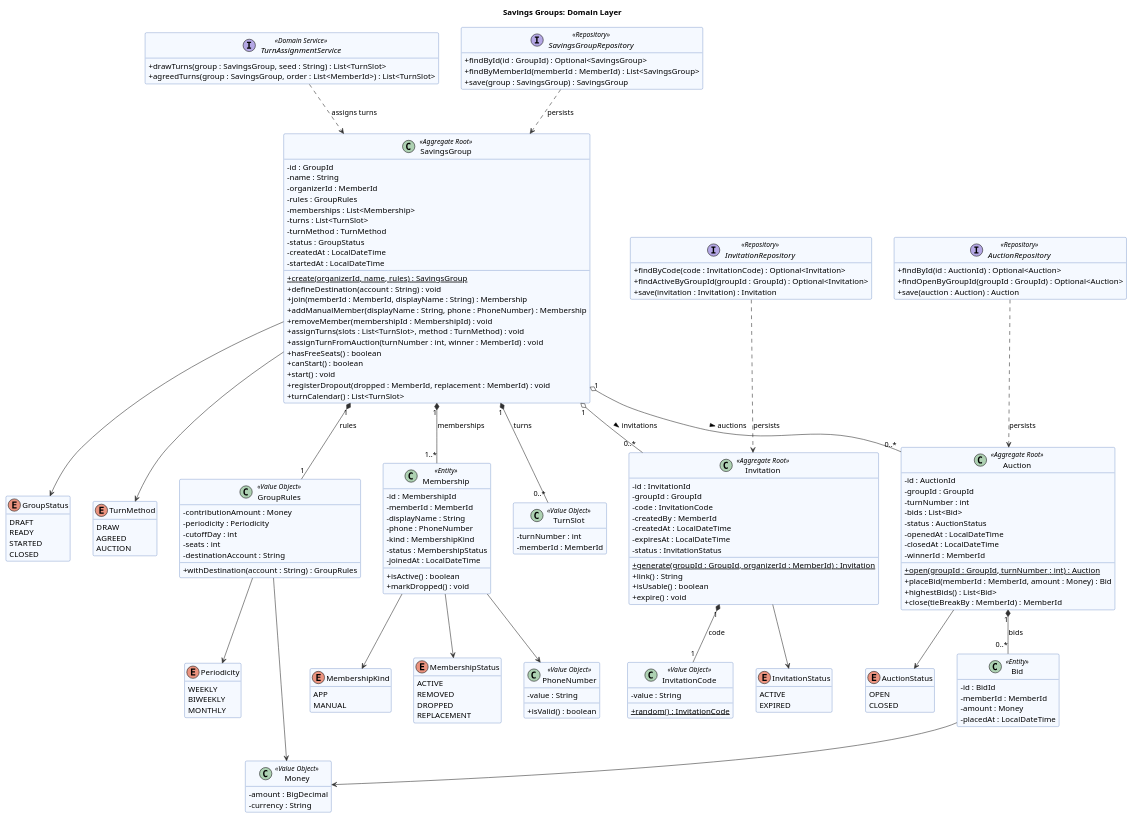
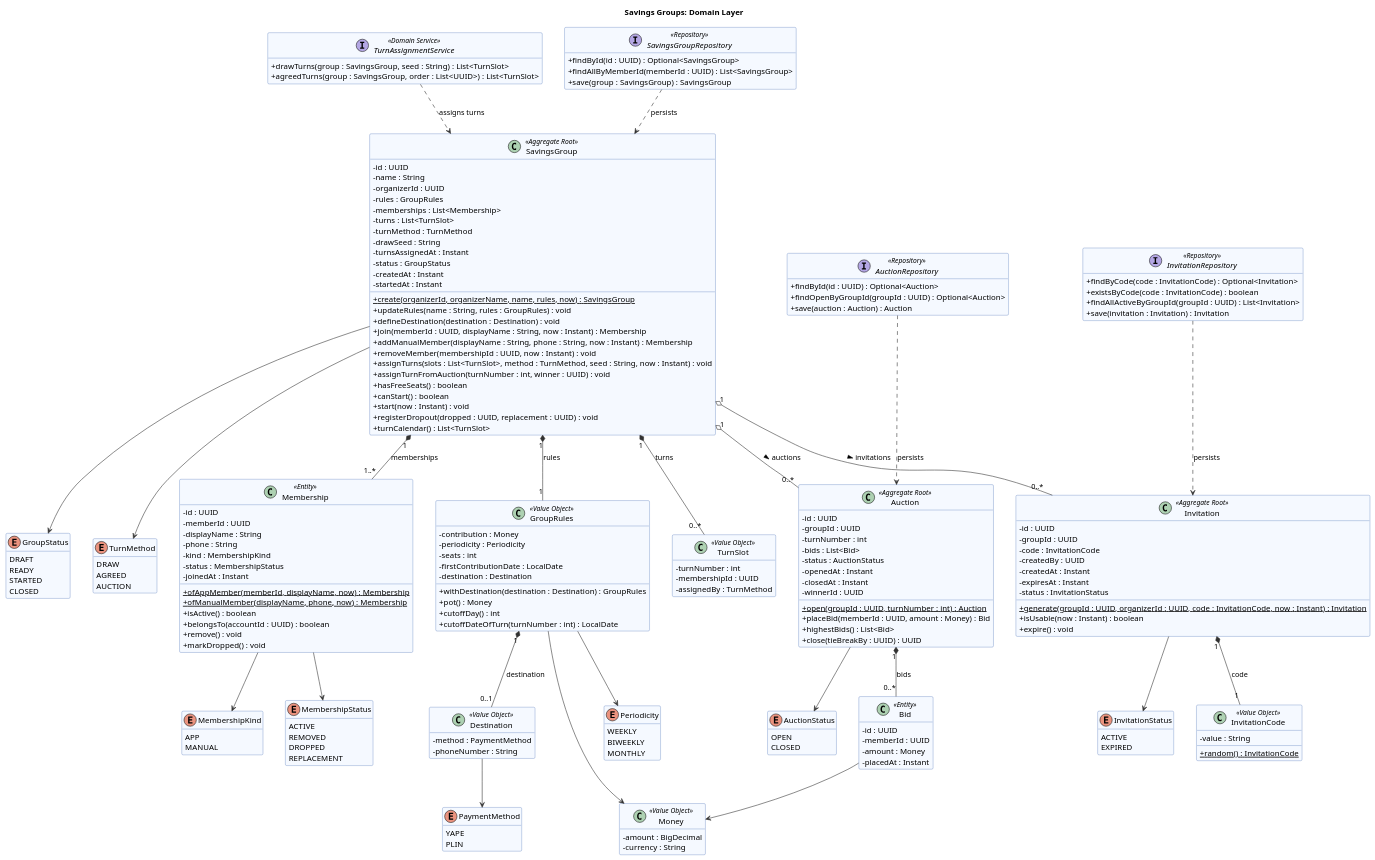
One commit to kerolabs/pozzo-doc changed the diagram in docs/architecture/uml/savings-groups-domain.puml. Above: the diagram before and after it, drawn with PlantUML. The commit also changed 4 other files, not shown here.

Commit message:
fix: align the domain layer class diagrams with the backend

```diff
--- a/docs/architecture/uml/savings-groups-domain.puml
+++ b/docs/architecture/uml/savings-groups-domain.puml
@@ -21,97 +21,107 @@
 hide empty members
 
   class SavingsGroup <<Aggregate Root>> {
-    - id : GroupId
+    - id : UUID
     - name : String
-    - organizerId : MemberId
+    - organizerId : UUID
     - rules : GroupRules
     - memberships : List<Membership>
     - turns : List<TurnSlot>
     - turnMethod : TurnMethod
+    - drawSeed : String
+    - turnsAssignedAt : Instant
     - status : GroupStatus
-    - createdAt : LocalDateTime
-    - startedAt : LocalDateTime
-    + create(organizerId, name, rules) : SavingsGroup {static}
-    + defineDestination(account : String) : void
-    + join(memberId : MemberId, displayName : String) : Membership
-    + addManualMember(displayName : String, phone : PhoneNumber) : Membership
-    + removeMember(membershipId : MembershipId) : void
-    + assignTurns(slots : List<TurnSlot>, method : TurnMethod) : void
-    + assignTurnFromAuction(turnNumber : int, winner : MemberId) : void
+    - createdAt : Instant
+    - startedAt : Instant
+    + create(organizerId, organizerName, name, rules, now) : SavingsGroup {static}
+    + updateRules(name : String, rules : GroupRules) : void
+    + defineDestination(destination : Destination) : void
+    + join(memberId : UUID, displayName : String, now : Instant) : Membership
+    + addManualMember(displayName : String, phone : String, now : Instant) : Membership
+    + removeMember(membershipId : UUID, now : Instant) : void
+    + assignTurns(slots : List<TurnSlot>, method : TurnMethod, seed : String, now : Instant) : void
+    + assignTurnFromAuction(turnNumber : int, winner : UUID) : void
     + hasFreeSeats() : boolean
     + canStart() : boolean
-    + start() : void
-    + registerDropout(dropped : MemberId, replacement : MemberId) : void
+    + start(now : Instant) : void
+    + registerDropout(dropped : UUID, replacement : UUID) : void
     + turnCalendar() : List<TurnSlot>
   }
 
   class Invitation <<Aggregate Root>> {
-    - id : InvitationId
-    - groupId : GroupId
+    - id : UUID
+    - groupId : UUID
     - code : InvitationCode
-    - createdBy : MemberId
-    - createdAt : LocalDateTime
-    - expiresAt : LocalDateTime
+    - createdBy : UUID
+    - createdAt : Instant
+    - expiresAt : Instant
     - status : InvitationStatus
-    + generate(groupId : GroupId, organizerId : MemberId) : Invitation {static}
-    + link() : String
-    + isUsable() : boolean
+    + generate(groupId : UUID, organizerId : UUID, code : InvitationCode, now : Instant) : Invitation {static}
+    + isUsable(now : Instant) : boolean
     + expire() : void
   }
 
   class Auction <<Aggregate Root>> {
-    - id : AuctionId
-    - groupId : GroupId
+    - id : UUID
+    - groupId : UUID
     - turnNumber : int
     - bids : List<Bid>
     - status : AuctionStatus
-    - openedAt : LocalDateTime
-    - closedAt : LocalDateTime
-    - winnerId : MemberId
-    + open(groupId : GroupId, turnNumber : int) : Auction {static}
-    + placeBid(memberId : MemberId, amount : Money) : Bid
+    - openedAt : Instant
+    - closedAt : Instant
+    - winnerId : UUID
+    + open(groupId : UUID, turnNumber : int) : Auction {static}
+    + placeBid(memberId : UUID, amount : Money) : Bid
     + highestBids() : List<Bid>
-    + close(tieBreakBy : MemberId) : MemberId
+    + close(tieBreakBy : UUID) : UUID
   }
 
   class Membership <<Entity>> {
-    - id : MembershipId
-    - memberId : MemberId
+    - id : UUID
+    - memberId : UUID
     - displayName : String
-    - phone : PhoneNumber
+    - phone : String
     - kind : MembershipKind
     - status : MembershipStatus
-    - joinedAt : LocalDateTime
+    - joinedAt : Instant
+    + ofAppMember(memberId, displayName, now) : Membership {static}
+    + ofManualMember(displayName, phone, now) : Membership {static}
     + isActive() : boolean
+    + belongsTo(accountId : UUID) : boolean
+    + remove() : void
     + markDropped() : void
   }
 
   class Bid <<Entity>> {
-    - id : BidId
-    - memberId : MemberId
+    - id : UUID
+    - memberId : UUID
     - amount : Money
-    - placedAt : LocalDateTime
+    - placedAt : Instant
   }
 
   class GroupRules <<Value Object>> {
-    - contributionAmount : Money
+    - contribution : Money
     - periodicity : Periodicity
-    - cutoffDay : int
     - seats : int
-    - destinationAccount : String
-    + withDestination(account : String) : GroupRules
+    - firstContributionDate : LocalDate
+    - destination : Destination
+    + withDestination(destination : Destination) : GroupRules
+    + pot() : Money
+    + cutoffDay() : int
+    + cutoffDateOfTurn(turnNumber : int) : LocalDate
   }
   class TurnSlot <<Value Object>> {
     - turnNumber : int
-    - memberId : MemberId
+    - membershipId : UUID
+    - assignedBy : TurnMethod
   }
   class InvitationCode <<Value Object>> {
     - value : String
     + random() : InvitationCode {static}
   }
-  class PhoneNumber <<Value Object>> {
-    - value : String
-    + isValid() : boolean
+  class Destination <<Value Object>> {
+    - method : PaymentMethod
+    - phoneNumber : String
   }
   class Money <<Value Object>> {
     - amount : BigDecimal
@@ -143,6 +153,10 @@
     ACTIVE
     EXPIRED
   }
+  enum PaymentMethod {
+    YAPE
+    PLIN
+  }
   enum AuctionStatus {
     OPEN
     CLOSED
@@ -155,22 +169,23 @@
 
   interface TurnAssignmentService <<Domain Service>> {
     + drawTurns(group : SavingsGroup, seed : String) : List<TurnSlot>
-    + agreedTurns(group : SavingsGroup, order : List<MemberId>) : List<TurnSlot>
+    + agreedTurns(group : SavingsGroup, order : List<UUID>) : List<TurnSlot>
   }
 
   interface SavingsGroupRepository <<Repository>> {
-    + findById(id : GroupId) : Optional<SavingsGroup>
-    + findByMemberId(memberId : MemberId) : List<SavingsGroup>
+    + findById(id : UUID) : Optional<SavingsGroup>
+    + findAllByMemberId(memberId : UUID) : List<SavingsGroup>
     + save(group : SavingsGroup) : SavingsGroup
   }
   interface InvitationRepository <<Repository>> {
     + findByCode(code : InvitationCode) : Optional<Invitation>
-    + findActiveByGroupId(groupId : GroupId) : Optional<Invitation>
+    + existsByCode(code : InvitationCode) : boolean
+    + findAllActiveByGroupId(groupId : UUID) : List<Invitation>
     + save(invitation : Invitation) : Invitation
   }
   interface AuctionRepository <<Repository>> {
-    + findById(id : AuctionId) : Optional<Auction>
-    + findOpenByGroupId(groupId : GroupId) : Optional<Auction>
+    + findById(id : UUID) : Optional<Auction>
+    + findOpenByGroupId(groupId : UUID) : Optional<Auction>
     + save(auction : Auction) : Auction
   }
 
@@ -181,7 +196,8 @@
 SavingsGroup "1" o-- "0..*" Auction : auctions >
 Auction "1" *-- "0..*" Bid : bids
 Invitation "1" *-- "1" InvitationCode : code
-Membership --> PhoneNumber
+GroupRules "1" *-- "0..1" Destination : destination
+Destination --> PaymentMethod
 Bid --> Money
 GroupRules --> Money
 GroupRules --> Periodicity
```
